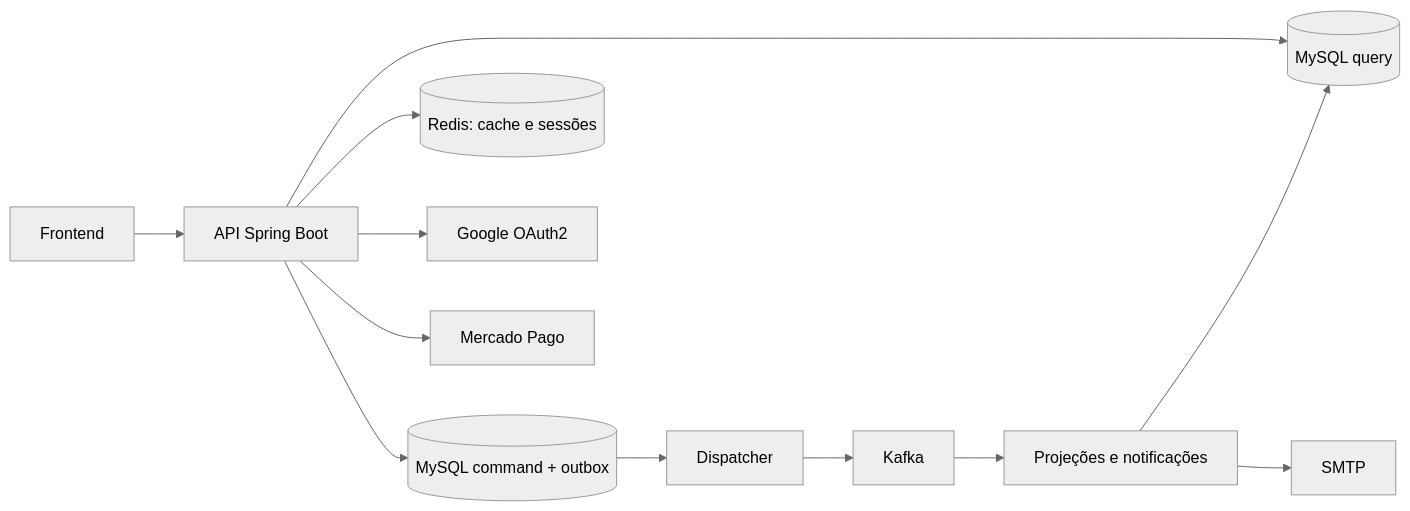
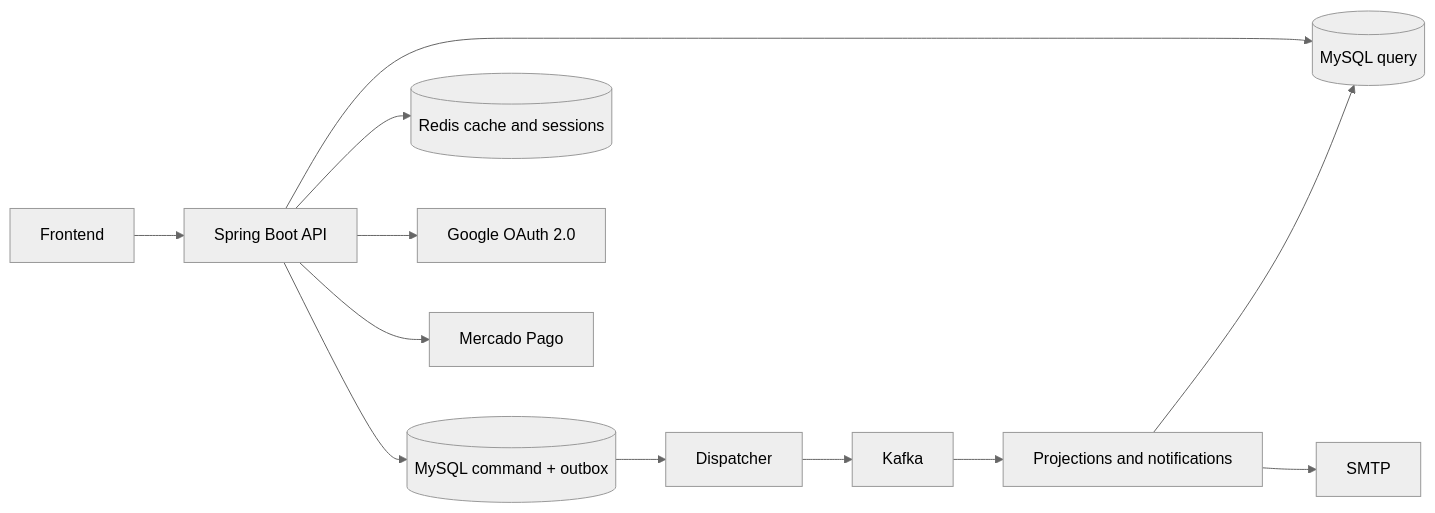
The diagram in README.md (dantonigui/cqrs-spring-boot), drawn with Mermaid (neutral theme) before and after one commit. The commit also changed other lines of this file, not shown here.

````diff
--- a/README.md
+++ b/README.md
@@ -9,14 +9,14 @@
 ```mermaid
 flowchart LR
-  UI[Frontend] --> API[API Spring Boot]
+  UI[Frontend] --> API[Spring Boot API]
   API --> C[(MySQL command + outbox)]
   C --> D[Dispatcher]
   D --> K[Kafka]
-  K --> P[Projeções e notificações]
+  K --> P[Projections and notifications]
   P --> Q[(MySQL query)]
   API --> Q
-  API --> R[(Redis: cache e sessões)]
-  API --> G[Google OAuth2]
+  API --> R[(Redis cache and sessions)]
+  API --> G[Google OAuth 2.0]
   API --> MP[Mercado Pago]
   P --> SMTP[SMTP]
 ```
````
